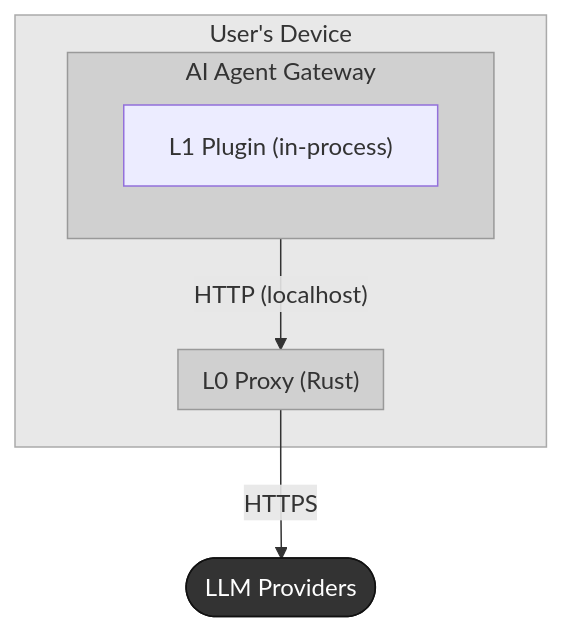
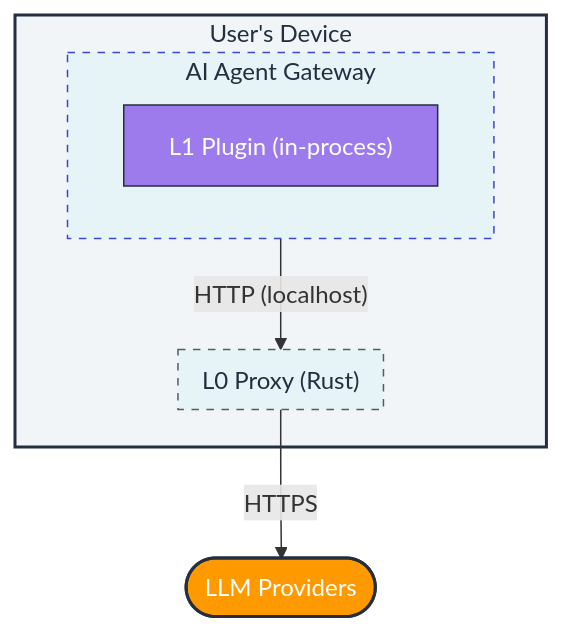
The first of 14 diagrams in ARCHITECTURE.md (OpenObscure/OpenObscure), drawn with Mermaid before and after one commit. The commit also changed other lines of this file and 3 other files, not shown here.

First line of the commit message:
Apply consistent color palette across all mermaid diagrams

````diff
--- a/ARCHITECTURE.md
+++ b/ARCHITECTURE.md
@@ -19,17 +19,18 @@
 ```mermaid
 flowchart TB
     subgraph device ["User's Device"]
         subgraph gateway ["AI Agent Gateway"]
             L1["L1 Plugin (in-process)"]
         end
         subgraph l0proc ["L0 Proxy (Rust)"]
         end
         gateway -- "HTTP (localhost)" --> l0proc
     end
     l0proc -- "HTTPS" --> llm(["LLM Providers"])
 
-    style device fill:#e8e8e8,stroke:#aaa,color:#333
-    style gateway fill:#d0d0d0,stroke:#999,color:#333
-    style l0proc fill:#d0d0d0,stroke:#999,color:#333
-    style llm fill:#333,stroke:#111,color:#fff
+    style device fill:#f2f5f7,stroke:#232F3E,stroke-width:2px,color:#232F3E
+    style gateway fill:#e6f3f7,stroke:#3b48cc,stroke-dasharray: 5 5,color:#232F3E
+    style l0proc fill:#e6f3f7,stroke:#545b64,stroke-dasharray: 5 5,color:#232F3E
+    style L1 fill:#9D7BED,stroke:#232F3E,color:#fff
+    style llm fill:#ff9900,stroke:#232F3E,stroke-width:2px,color:#fff
 ```
````
